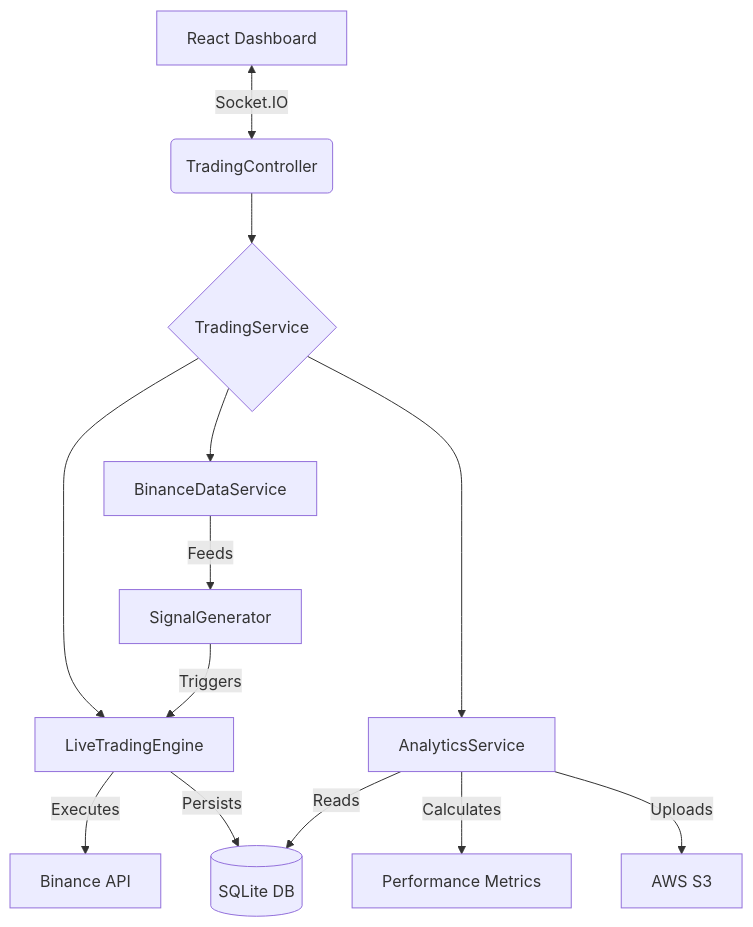
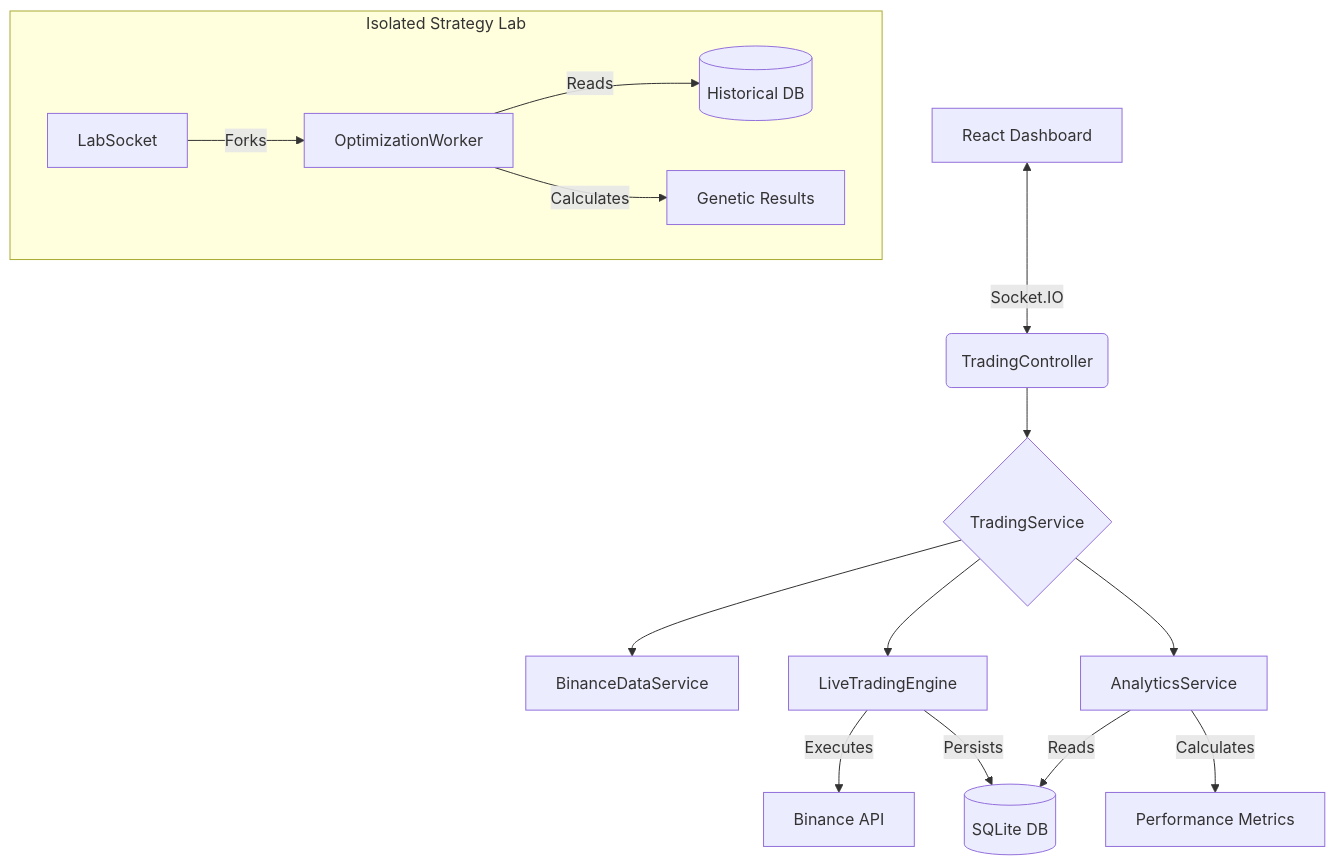
Before and after one commit to adamSellers/forex-trading-bot: the diagram in README.md, drawn with Mermaid. The commit also changed other lines of this file and 1 other file, not shown here.

````diff
--- a/README.md
+++ b/README.md
@@ -73,18 +78,21 @@
 ```mermaid
+
 graph TD
     A[React Dashboard] <-->|Socket.IO| B(TradingController)
     B --> C{TradingService}
     C --> D[BinanceDataService]
     C --> E[LiveTradingEngine]
     C --> F[AnalyticsService]
 
     E -->|Executes| G[Binance API]
     E -->|Persists| H[(SQLite DB)]
 
     F -->|Reads| H
     F -->|Calculates| I[Performance Metrics]
-    F -->|Uploads| J[AWS S3]
 
-    D -->|Feeds| K[SignalGenerator]
-    K -->|Triggers| E
+    subgraph "Isolated Strategy Lab"
+    L[LabSocket] -->|Forks| M[OptimizationWorker]
+    M -->|Reads| N[(Historical DB)]
+    M -->|Calculates| O[Genetic Results]
+    end
 ```
````
